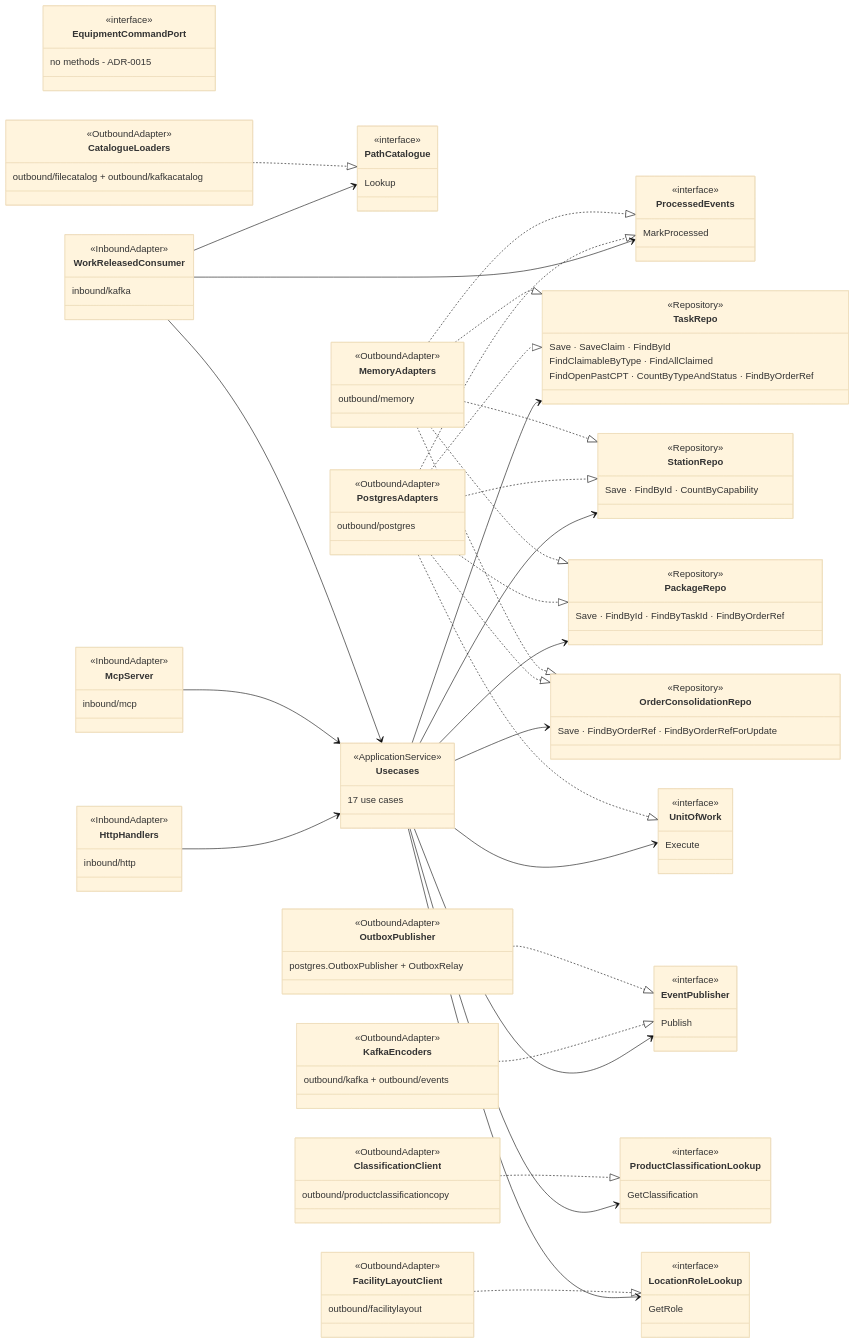
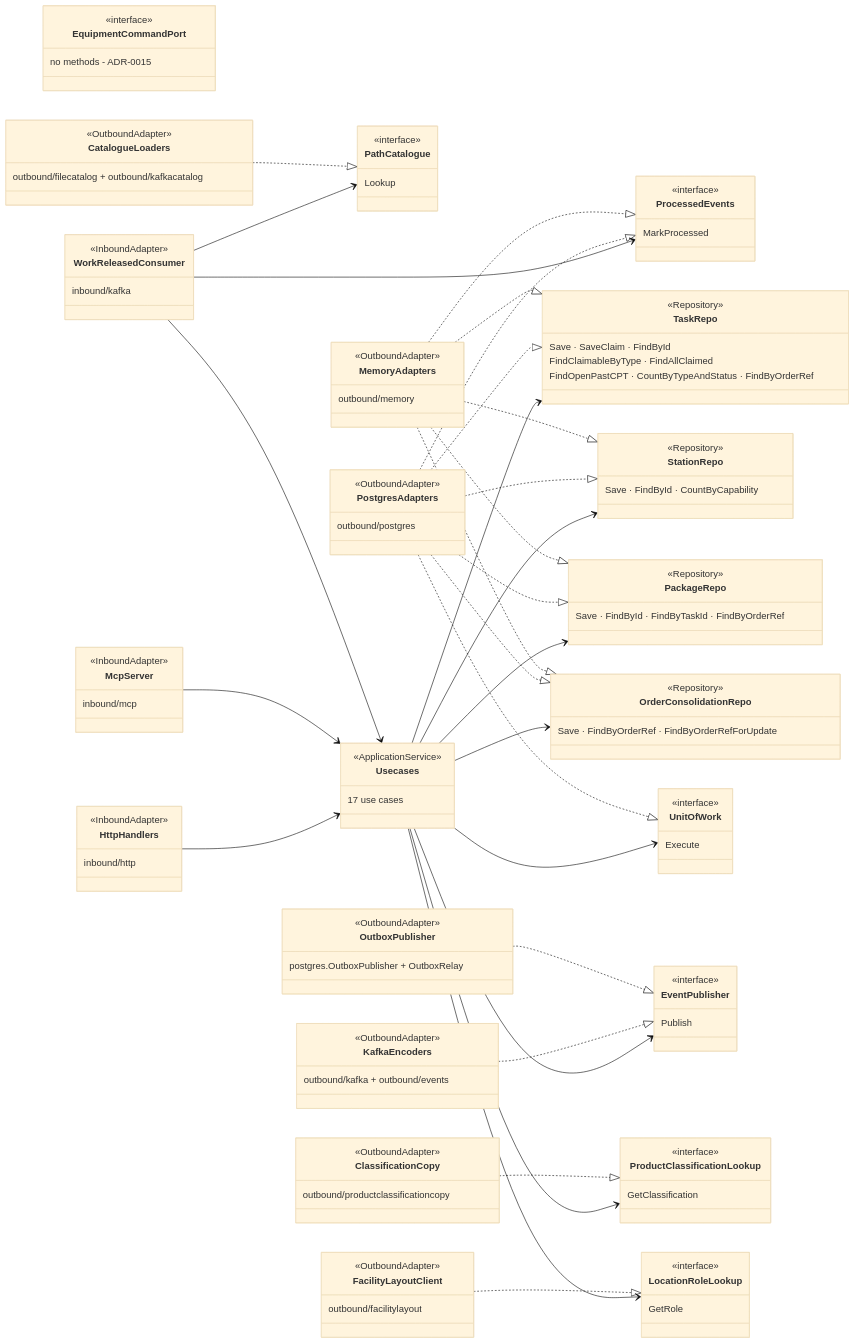
One commit to IQVO/warehouse-docs changed the third of 3 diagrams in docs/contexts/fulfillment-execution/class-diagram.md. Above: the diagram before and after it, drawn with Mermaid (base theme). The commit also changed 119 other files, not shown here.

````diff
--- a/docs/contexts/fulfillment-execution/class-diagram.md
+++ b/docs/contexts/fulfillment-execution/class-diagram.md
@@ -362,7 +362,7 @@
         <<OutboundAdapter>>
         outbound/filecatalog + outbound/kafkacatalog
     }
-    class ClassificationClient {
+    class ClassificationCopy {
         <<OutboundAdapter>>
         outbound/productclassificationcopy
     }
@@ -398,6 +398,6 @@
     KafkaEncoders ..|> EventPublisher
     OutboxPublisher ..|> EventPublisher
     CatalogueLoaders ..|> PathCatalogue
-    ClassificationClient ..|> ProductClassificationLookup
+    ClassificationCopy ..|> ProductClassificationLookup
     FacilityLayoutClient ..|> LocationRoleLookup
 ```
````
